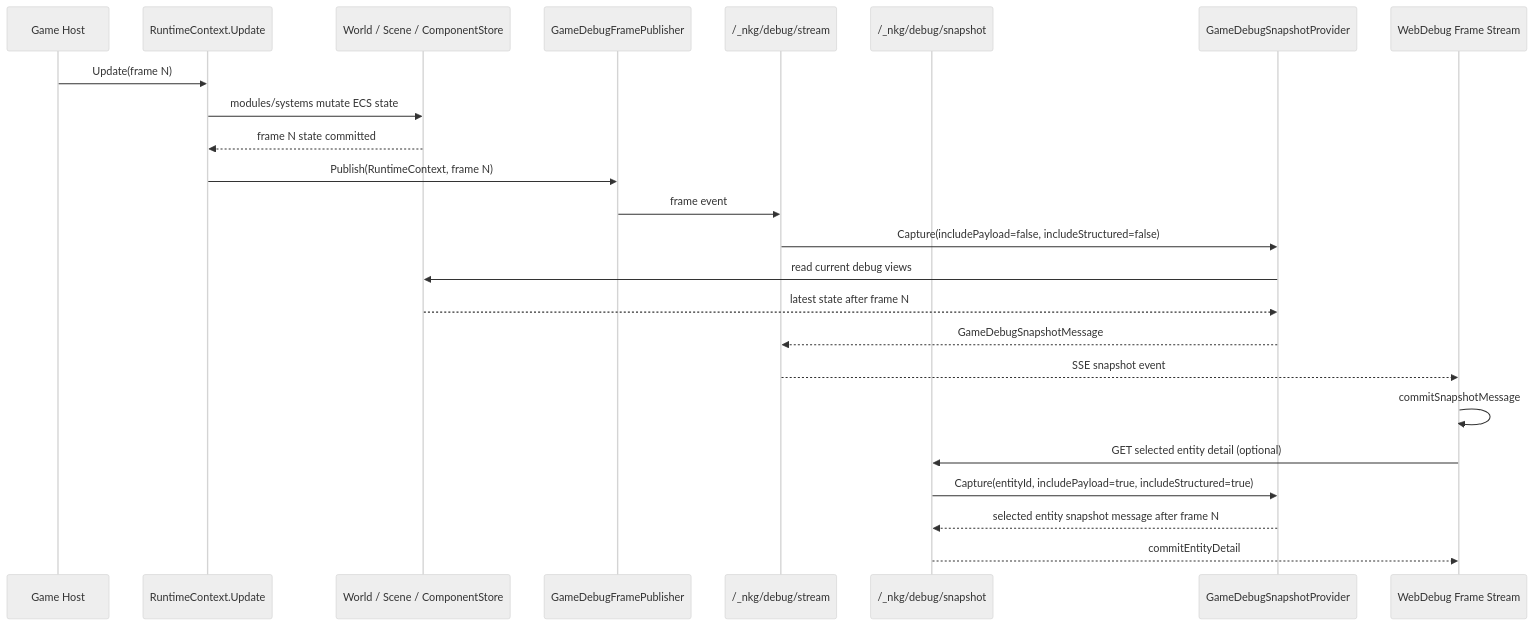
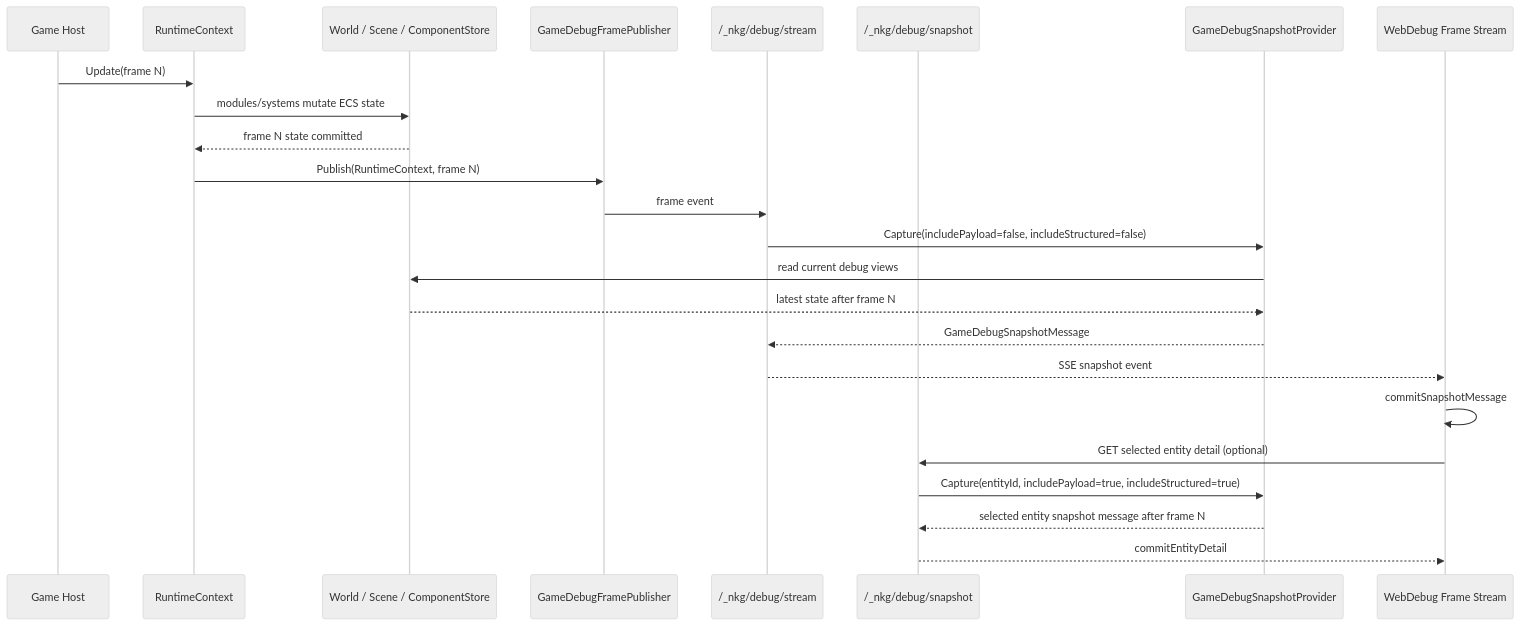
One commit to wqaetly/NKGGameFramework changed the sixth of 10 diagrams in docs/debug-and-dump.md. Above: the diagram before and after it, drawn with Mermaid (neutral theme). The commit also changed other lines of this file and 15 other files, not shown here.

````diff
--- a/docs/debug-and-dump.md
+++ b/docs/debug-and-dump.md
@@ -201,27 +205,27 @@
 ```mermaid
 sequenceDiagram
     participant Host as Game Host
-    participant Runtime as RuntimeContext.Update
+    participant Runtime as RuntimeContext
     participant State as World / Scene / ComponentStore
     participant Publisher as GameDebugFramePublisher
     participant Stream as /_nkg/debug/stream
     participant Snapshot as /_nkg/debug/snapshot
     participant Provider as GameDebugSnapshotProvider
     participant Web as WebDebug Frame Stream
 
     Host->>Runtime: Update(frame N)
     Runtime->>State: modules/systems mutate ECS state
     State-->>Runtime: frame N state committed
     Runtime->>Publisher: Publish(RuntimeContext, frame N)
     Publisher->>Stream: frame event
     Stream->>Provider: Capture(includePayload=false, includeStructured=false)
     Provider->>State: read current debug views
     State-->>Provider: latest state after frame N
     Provider-->>Stream: GameDebugSnapshotMessage
     Stream-->>Web: SSE snapshot event
     Web->>Web: commitSnapshotMessage
     Web->>Snapshot: GET selected entity detail (optional)
     Snapshot->>Provider: Capture(entityId, includePayload=true, includeStructured=true)
     Provider-->>Snapshot: selected entity snapshot message after frame N
     Snapshot-->>Web: commitEntityDetail
 ```
````
